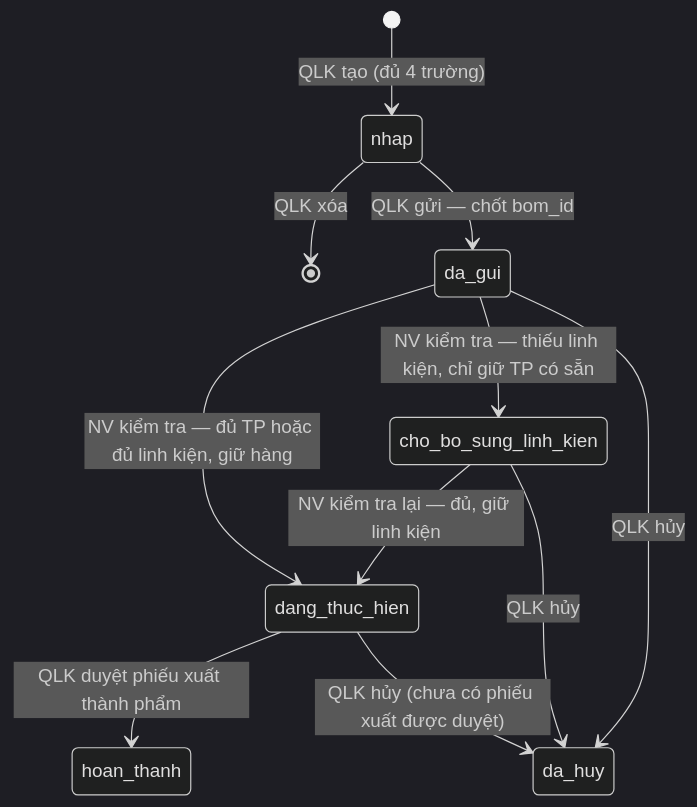
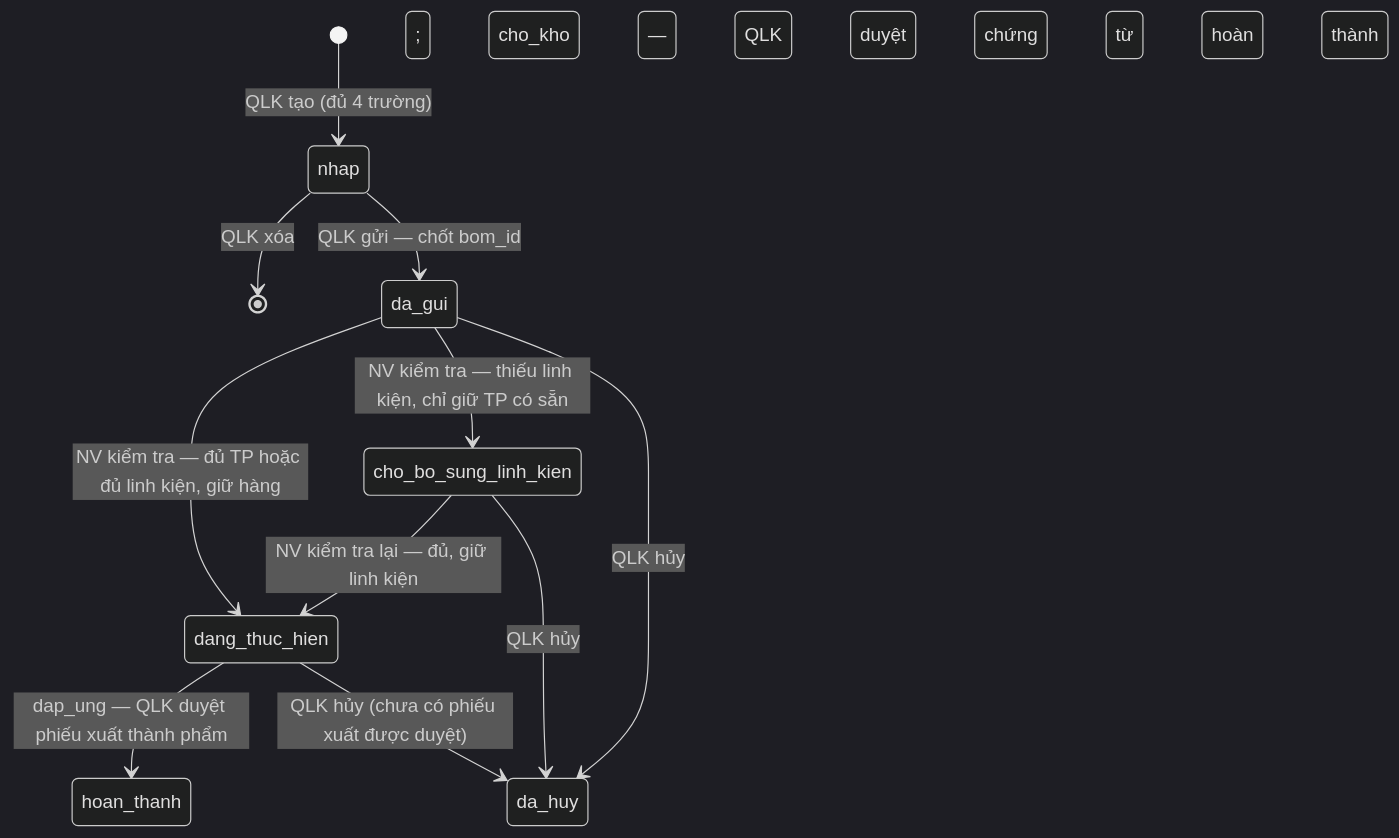
One commit to thanhklt/xbike-mrp-system changed the second of 3 diagrams in specs/entity_model/data_model_v4.md. Above: the diagram before and after it, drawn with Mermaid (dark theme). The commit also changed other lines of this file and 12 other files, not shown here.

````diff
--- a/specs/entity_model/data_model_v4.md
+++ b/specs/entity_model/data_model_v4.md
@@ -499,13 +504,13 @@
 ```mermaid
 stateDiagram-v2
   [*] --> nhap : QLK tạo (đủ 4 trường)
   nhap --> [*] : QLK xóa
   nhap --> da_gui : QLK gửi — chốt bom_id
   da_gui --> dang_thuc_hien : NV kiểm tra — đủ TP hoặc đủ linh kiện, giữ hàng
   da_gui --> cho_bo_sung_linh_kien : NV kiểm tra — thiếu linh kiện, chỉ giữ TP có sẵn
   cho_bo_sung_linh_kien --> dang_thuc_hien : NV kiểm tra lại — đủ, giữ linh kiện
-  dang_thuc_hien --> hoan_thanh : QLK duyệt phiếu xuất thành phẩm
+  dang_thuc_hien --> hoan_thanh : dap_ung — QLK duyệt phiếu xuất thành phẩm; cho_kho — QLK duyệt chứng từ hoàn thành
   da_gui --> da_huy : QLK hủy
   cho_bo_sung_linh_kien --> da_huy : QLK hủy
   dang_thuc_hien --> da_huy : QLK hủy (chưa có phiếu xuất được duyệt)
 ```
````
